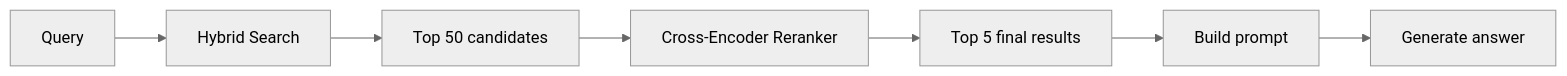
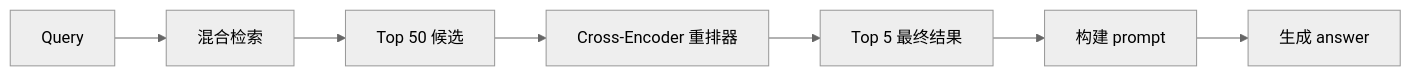
The first of 3 diagrams in phases/11-llm-engineering/07-advanced-rag/docs/zh.md (JerryC8080/ai-engineering-from-scratch-zh), drawn with Mermaid (neutral theme) before and after one commit. The commit also changed other lines of this file and 156 other files, not shown here.

First line of the commit message:
i18n(zh): translate mermaid diagram labels in 157 lesson zh.md

````diff
--- a/phases/11-llm-engineering/07-advanced-rag/docs/zh.md
+++ b/phases/11-llm-engineering/07-advanced-rag/docs/zh.md
@@ -78,9 +78,9 @@
 ```mermaid
 graph LR
-    Q["Query"] --> H["Hybrid Search"]
-    H --> C50["Top 50 candidates"]
-    C50 --> RR["Cross-Encoder Reranker"]
-    RR --> C5["Top 5 final results"]
-    C5 --> P["Build prompt"]
-    P --> LLM["Generate answer"]
+    Q["Query"] --> H["混合检索"]
+    H --> C50["Top 50 候选"]
+    C50 --> RR["Cross-Encoder 重排器"]
+    RR --> C5["Top 5 最终结果"]
+    C5 --> P["构建 prompt"]
+    P --> LLM["生成 answer"]
 ```
````
